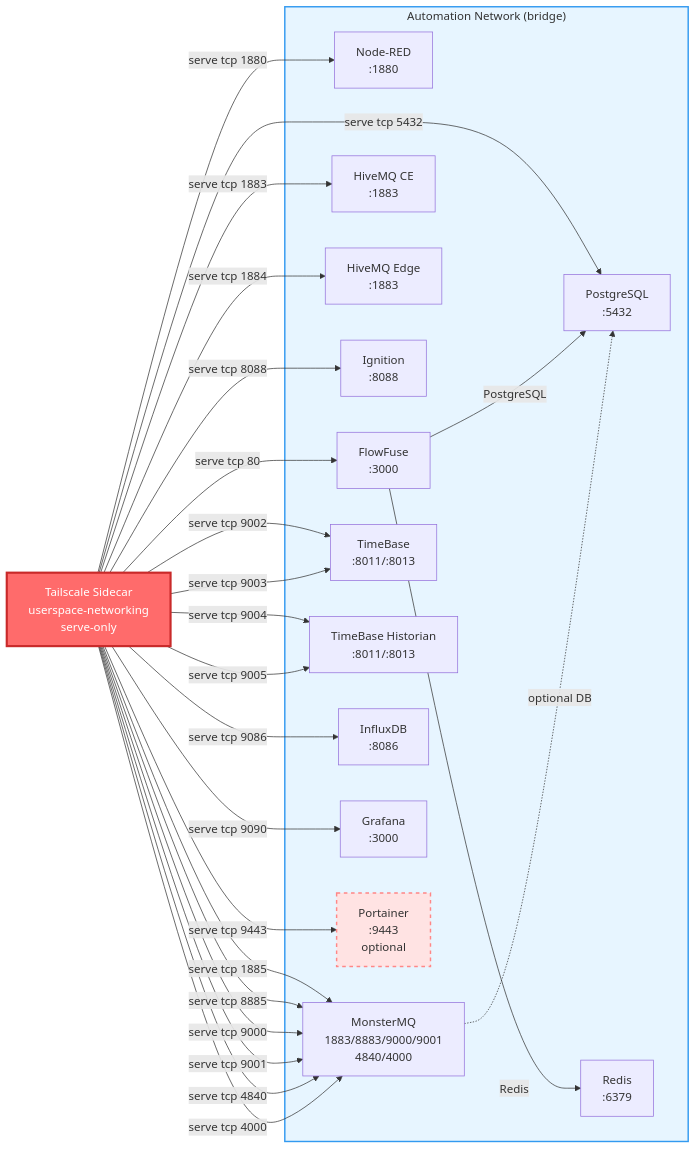
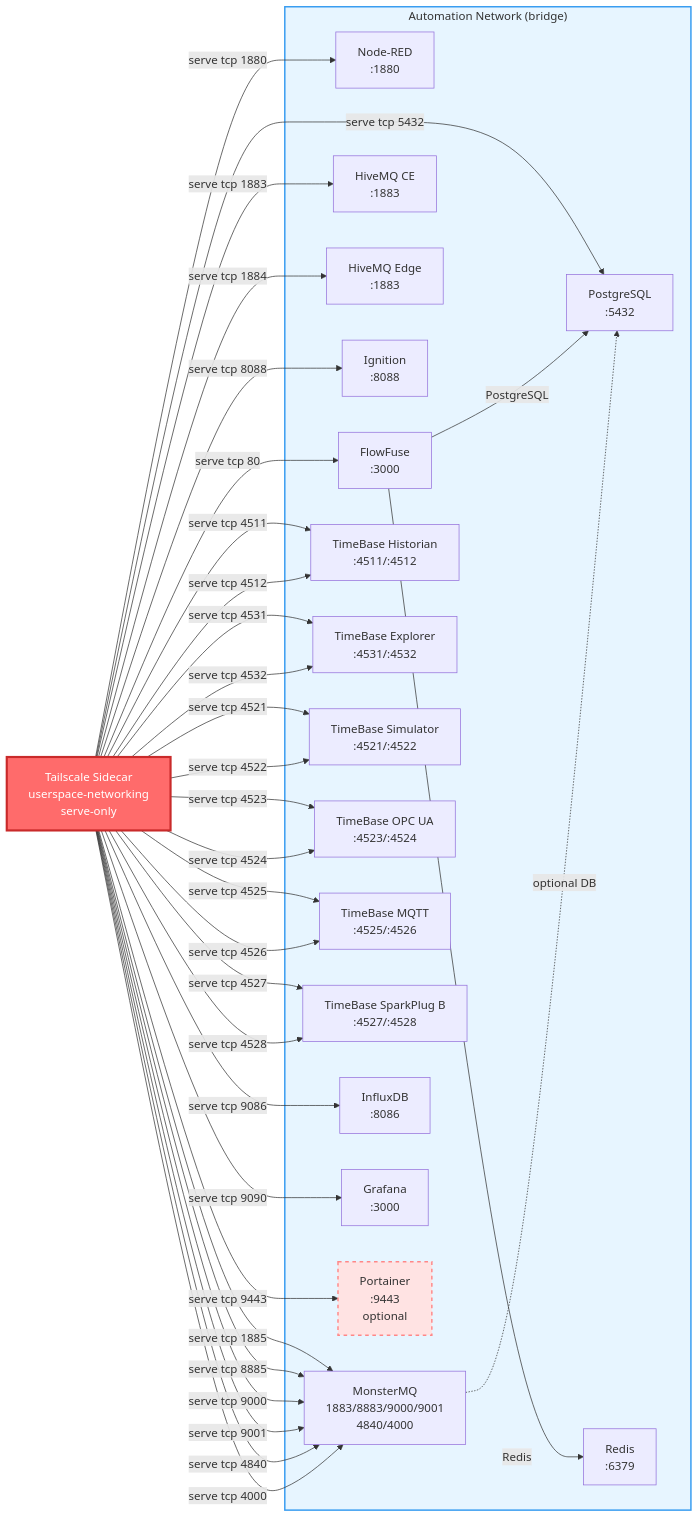
One commit to zbest1000/Full-Automation-Stack-Dev changed the diagram in README.md. Above: the diagram before and after it, drawn with Mermaid. The commit also changed other lines of this file and 1 other file, not shown here.

Commit message:
Refactor TimeBase services and update compose file

````diff
--- a/README.md
+++ b/README.md
@@ -487,48 +522,60 @@
 ```mermaid
 flowchart LR
   TS[Tailscale Sidecar<br/>userspace-networking<br/>serve-only]
   
   subgraph AppNet["Automation Network (bridge)"]
     NR[Node-RED<br/>:1880]
     FF[FlowFuse<br/>:3000]
     HM[HiveMQ CE<br/>:1883]
     HME[HiveMQ Edge<br/>:1883]
     IG[Ignition<br/>:8088]
     MQ[MonsterMQ<br/>1883/8883/9000/9001<br/>4840/4000]
-    TB[TimeBase<br/>:8011/:8013]
-    TH[TimeBase Historian<br/>:8011/:8013]
+    TBH[TimeBase Historian<br/>:4511/:4512]
+    TBE[TimeBase Explorer<br/>:4531/:4532]
+    TBS[TimeBase Simulator<br/>:4521/:4522]
+    TBO[TimeBase OPC UA<br/>:4523/:4524]
+    TBM[TimeBase MQTT<br/>:4525/:4526]
+    TBSP[TimeBase SparkPlug B<br/>:4527/:4528]
     IF[InfluxDB<br/>:8086]
     GF[Grafana<br/>:3000]
     PG[PostgreSQL<br/>:5432]
     RD[Redis<br/>:6379]
     PT[Portainer<br/>:9443<br/>optional]
   end
   
   TS -->|serve tcp 1880| NR
   TS -->|serve tcp 80| FF
   TS -->|serve tcp 1883| HM
   TS -->|serve tcp 1884| HME
   TS -->|serve tcp 1885| MQ
   TS -->|serve tcp 8885| MQ
   TS -->|serve tcp 9000| MQ
   TS -->|serve tcp 9001| MQ
   TS -->|serve tcp 4840| MQ
   TS -->|serve tcp 4000| MQ
   TS -->|serve tcp 8088| IG
-  TS -->|serve tcp 9002| TB
-  TS -->|serve tcp 9003| TB
-  TS -->|serve tcp 9004| TH
-  TS -->|serve tcp 9005| TH
+  TS -->|serve tcp 4511| TBH
+  TS -->|serve tcp 4512| TBH
+  TS -->|serve tcp 4531| TBE
+  TS -->|serve tcp 4532| TBE
+  TS -->|serve tcp 4521| TBS
+  TS -->|serve tcp 4522| TBS
+  TS -->|serve tcp 4523| TBO
+  TS -->|serve tcp 4524| TBO
+  TS -->|serve tcp 4525| TBM
+  TS -->|serve tcp 4526| TBM
+  TS -->|serve tcp 4527| TBSP
+  TS -->|serve tcp 4528| TBSP
   TS -->|serve tcp 9086| IF
   TS -->|serve tcp 9090| GF
   TS -->|serve tcp 5432| PG
   TS -->|serve tcp 9443| PT
   
   FF -->|PostgreSQL| PG
   FF -->|Redis| RD
   MQ -.->|optional DB| PG
   
   style TS fill:#ff6b6b,stroke:#c92a2a,stroke-width:3px,color:#fff
   style AppNet fill:#e7f5ff,stroke:#339af0,stroke-width:2px
   style PT fill:#ffe3e3,stroke:#ff8787,stroke-width:2px,stroke-dasharray: 5 5
 ```
````
